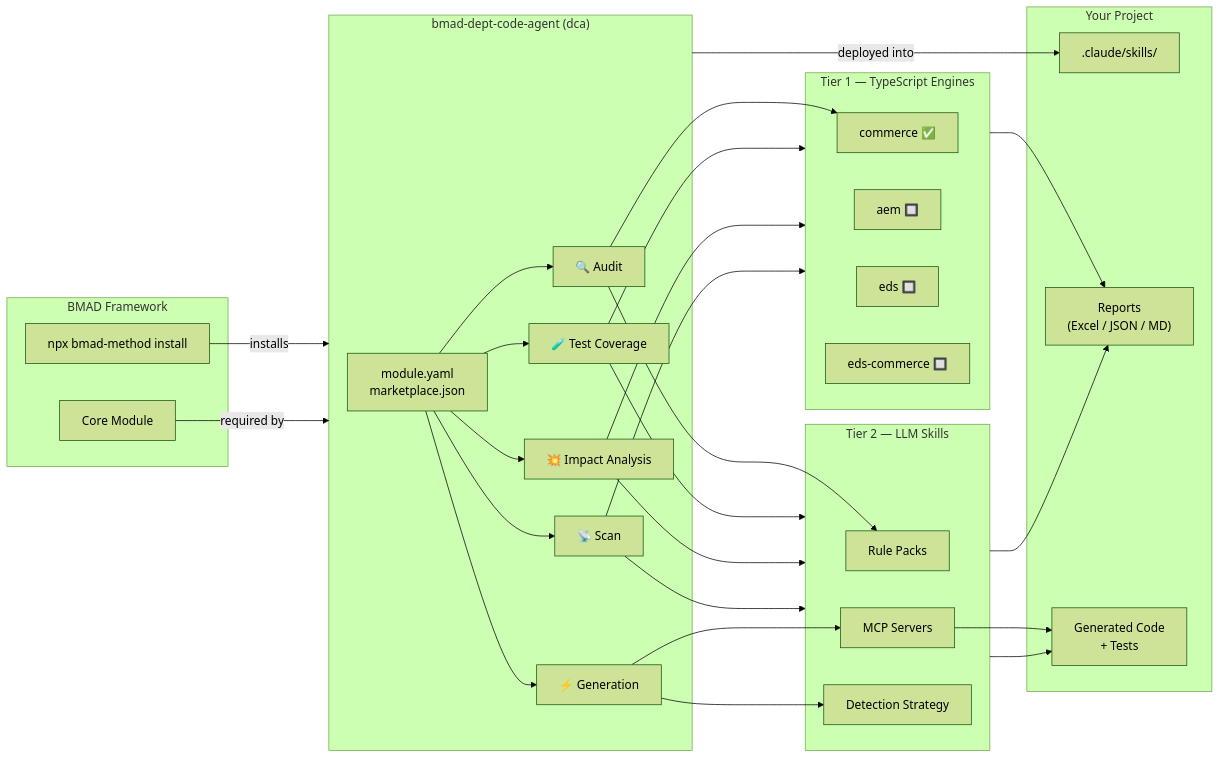
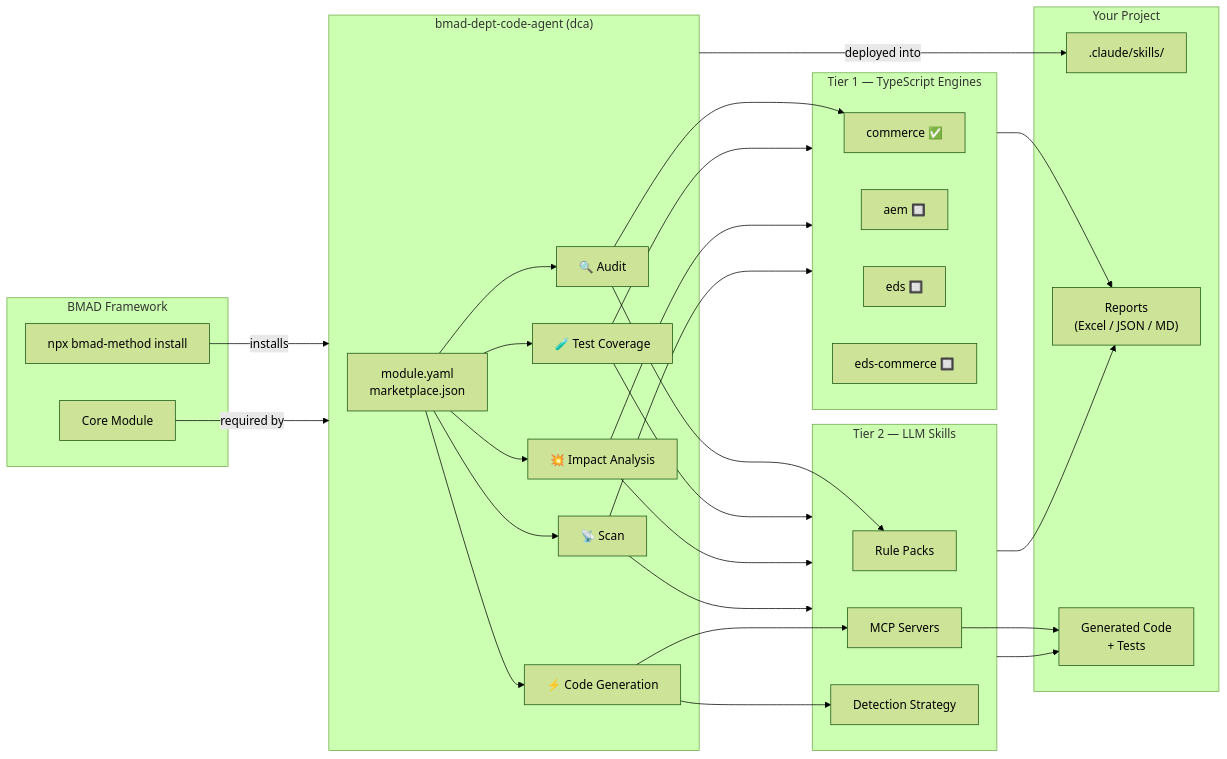
The diagram in README.md (mayur434/bmad-adobe-commerce-code-audit), drawn with Mermaid (forest theme) before and after one commit. The commit also changed other lines of this file and 9538 other files, not shown here.

````diff
--- a/README.md
+++ b/README.md
@@ -43,63 +43,63 @@
 ```mermaid
 graph LR
     subgraph BMAD["BMAD Framework"]
         CLI["npx bmad-method install"]
         Core["Core Module"]
     end
 
     CLI -->|installs| Module
     Core -->|required by| Module
 
     subgraph Module["bmad-dept-code-agent (dca)"]
         Manifest["module.yaml\nmarketplace.json"]
 
         Manifest --> Audit
         Manifest --> Gen
         Manifest --> TestCov
         Manifest --> Impact
         Manifest --> Scan
 
         Audit["🔍 Audit"]
-        Gen["⚡ Generation"]
+        Gen["⚡ Code Generation"]
         TestCov["🧪 Test Coverage"]
         Impact["💥 Impact Analysis"]
         Scan["📡 Scan"]
     end
 
     subgraph Engines["Tier 1 — TypeScript Engines"]
         CommerceE["commerce ✅"]
         AemE["aem 🔲"]
         EdsE["eds 🔲"]
         EdsComE["eds-commerce 🔲"]
     end
 
     subgraph LLMLayer["Tier 2 — LLM Skills"]
         RulePacks["Rule Packs"]
         MCPServers["MCP Servers"]
         Detection["Detection Strategy"]
     end
 
     Audit --> CommerceE
     TestCov --> Engines
     Impact --> Engines
     Scan --> Engines
 
     Audit --> RulePacks
     Gen --> MCPServers
     Gen --> Detection
     TestCov --> LLMLayer
     Impact --> LLMLayer
     Scan --> LLMLayer
 
     subgraph Output["Your Project"]
         Skills[".claude/skills/"]
         Reports["Reports\n(Excel / JSON / MD)"]
         Code["Generated Code\n+ Tests"]
     end
 
     Module -->|deployed into| Skills
     Engines --> Reports
     LLMLayer --> Reports
     LLMLayer --> Code
     MCPServers --> Code
 ```
````
